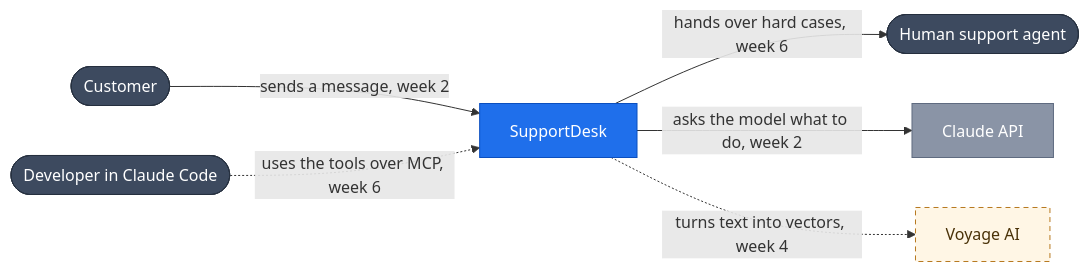
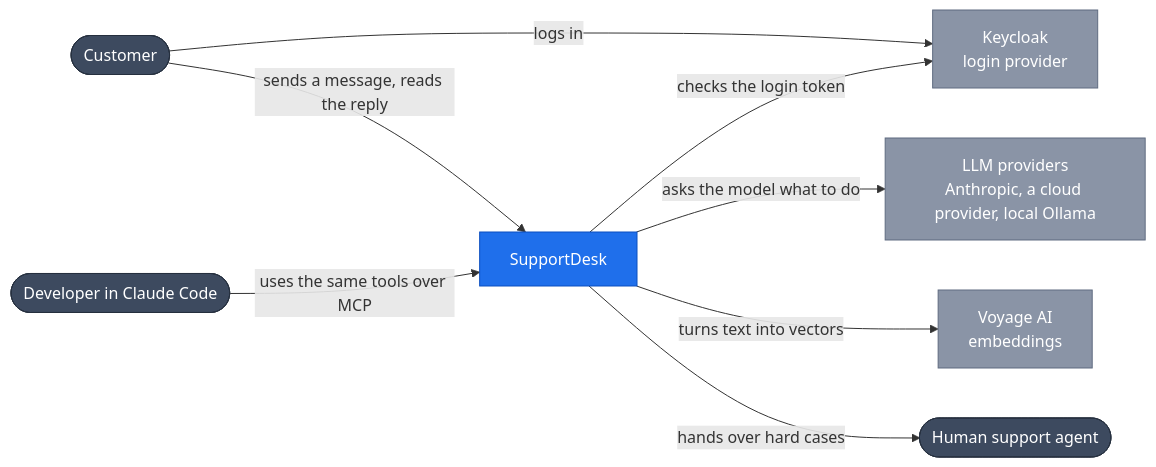
The first of 5 diagrams in docs/ARCHITECTURE.md (isteshkov-notes/support-desk), drawn with Mermaid before and after one commit. The commit also changed other lines of this file and 1 other file, not shown here.

Commit message:
Docs: architecture shows the target system, not per-week status

````diff
--- a/docs/ARCHITECTURE.md
+++ b/docs/ARCHITECTURE.md
@@ -23,18 +24,20 @@
 ```mermaid
 flowchart LR
   cust(["Customer"]):::person
   human(["Human support agent"]):::person
   dev(["Developer in Claude Code"]):::person
-  sd["SupportDesk"]:::built
-  claude["Claude API"]:::ext
-  voyage["Voyage AI"]:::planned
-  cust -- "sends a message, week 2" --> sd
-  sd -- "hands over hard cases, week 6" --> human
-  dev -. "uses the tools over MCP, week 6" .-> sd
-  sd -- "asks the model what to do, week 2" --> claude
-  sd -. "turns text into vectors, week 4" .-> voyage
-  classDef built fill:#1f6feb,stroke:#0b4fbf,color:#ffffff
-  classDef planned fill:#fff6e5,stroke:#b7791f,stroke-dasharray:5 4,color:#4a3208
+  sd["SupportDesk"]:::ours
+  idp["Keycloak<br/>login provider"]:::ext
+  llm["LLM providers<br/>Anthropic, a cloud provider, local Ollama"]:::ext
+  voyage["Voyage AI<br/>embeddings"]:::ext
+  cust -- "logs in" --> idp
+  cust -- "sends a message, reads the reply" --> sd
+  sd -- "checks the login token" --> idp
+  sd -- "asks the model what to do" --> llm
+  sd -- "turns text into vectors" --> voyage
+  sd -- "hands over hard cases" --> human
+  dev -- "uses the same tools over MCP" --> sd
+  classDef ours fill:#1f6feb,stroke:#0b4fbf,color:#ffffff
   classDef ext fill:#8a94a6,stroke:#5f6b80,color:#ffffff
   classDef person fill:#3d4a5f,stroke:#26303f,color:#ffffff
 ```
````
